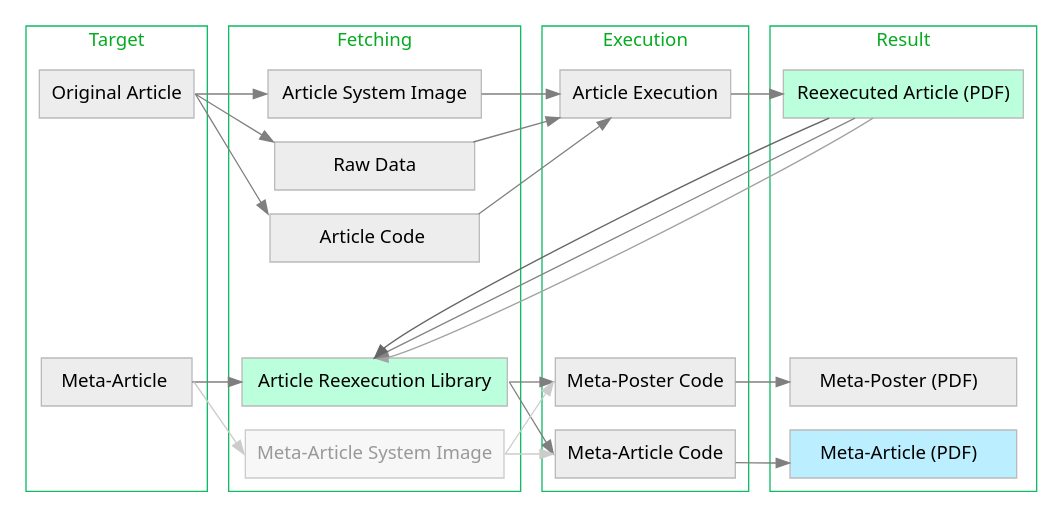
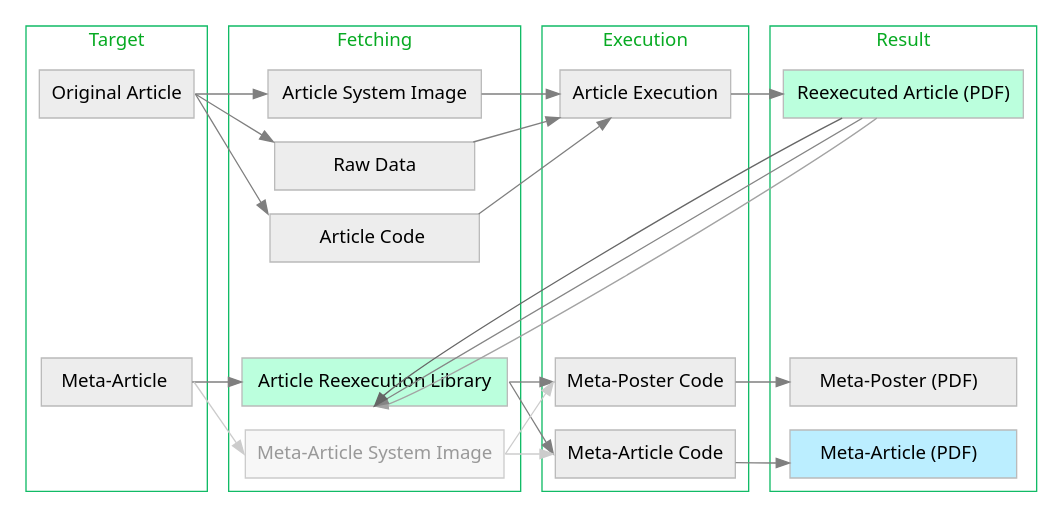
Before and after one commit to con/opfvta-reexecution: the diagram in publishing/data/workflow.dot, drawn with Graphviz. The commit also changed 2 other files, not shown here.

```diff
--- a/publishing/data/workflow.dot
+++ b/publishing/data/workflow.dot
@@ -1,97 +1,97 @@
 digraph graphname {
     size="14,8";
     graph [fontname = "sans", margin=0, splines=line];
     rankdir="LR";
     node [fontname = "sans", style=filled];
     edge [fontname = "sans", color=gray50];
     subgraph cluster0 {
         margin=10;
         label = "Target";
         fontcolor = "#07aa22";
         color = "#11bb66";
 
         oa[label="Original Article", shape=box, color="#BBBBBB", fillcolor=grey93];
         blank00 [style=invis];
         blank01 [style=invis];
         blank02 [style=invis];
         ma[label="  Meta-Article  ", shape=box, color="#BBBBBB", fillcolor=grey93];
         blank04 [style=invis];
         }
         //{rank=same; opf_; Con}
 
     oa:e -> si:w;
     blank00 -> rd [style=invis];
     blank01 -> ac [style=invis];
     blank02 -> blank12 [style=invis];
     oa:e -> rd:nw [constraint=false];
     oa:e -> ac:nw [constraint=false];
     ma -> arl;
     ma:e -> mss:w [constraint=false, color="#CCCCCC"];
     blank04 -> mss [style=invis];
 
     subgraph cluster1 {
         margin=10;
         label = "Fetching";
         fontcolor = "#07aa22";
         color = "#11bb66";
 
         si[label=" Article System Image", shape=box, color="#BBBBBB", fillcolor=grey93];
         rd[label="          Raw Data         ", shape=box, color="#BBBBBB", fillcolor=grey93];
         ac[label="        Article Code        ", shape=box, color="#BBBBBB", fillcolor=grey93];
         blank12 [style=invis];
         arl[label="Article Reexecution Library ", shape=box, color="#BBBBBB", fillcolor="#bbffdd"];
         mss[label="Meta-Article System Image", shape=box, color="#CCCCCC", fillcolor=grey97, fontcolor="#999999"]
         }
 
     si -> ae [weight=9];
     rd -> blank21 [style=invis];
     arl:e -> mpc:w;
     ac -> blank22[style=invis];
     blank12 -> blank23 [style=invis];
     rd:ne -> ae [constraint=false];
     ac:ne-> ae [constraint=false];
     arl:e -> mac:w [constraint=false];
     mss -> mac [style=invis];
     mss:e -> mac:w [constraint=false, color="#CCCCCC"]
     mss:e -> mpc:w [constraint=false, color="#CCCCCC"]
 
     subgraph cluster2 {
         margin=10;
         label = "Execution";
         fontcolor = "#07aa22";
         color = "#11bb66";
 
         ae[label="Article Execution", shape=box, color="#BBBBBB", fillcolor=grey93];
         blank21 [style=invis];
         blank22 [style=invis];
         blank23 [style=invis];
         mpc[label="Meta-Poster Code", shape=box, color="#BBBBBB", fillcolor=grey93];
         mac[label="Meta-Article Code", shape=box, color="#BBBBBB", fillcolor=grey93];
         }
 
     ae -> ra;
     blank21 -> blank30 [style=invis];
     blank22 -> blank31 [style=invis];
     blank31 -> blank23 [style=invis];
     blank23 -> blank33 [style=invis]
     mpc -> mpp;
     mac -> map [constraint=false];
 
     subgraph cluster3 {
         margin=10;
         label = "Result";
         fontcolor = "#07aa22";
         color = "#11bb66";
 
         ra[label="Reexecuted Article (PDF)", shape=box, color="#BBBBBB", fillcolor="#bbffdd"];
         blank30 [style=invis];
         blank31 [style=invis];
         map[label="    Meta-Article (PDF)     ", shape=box, color="#BBBBBB", fillcolor="#bbeeff"];
         mpp[label="    Meta-Poster (PDF)     ", shape=box, color="#BBBBBB", fillcolor=grey93];
         blank33 [style=invis];
         }
-    ra -> arl:n [constraint=false, color=grey64];
-    ra -> arl:n [constraint=false, color=grey52];
-    ra -> arl:n [constraint=false, color=grey40];
+    ra -> arl:s [constraint=false, color=grey64];
+    ra -> arl:s [constraint=false, color=grey52];
+    ra -> arl:s [constraint=false, color=grey40];
     mac -> map [style=invis];
 }
```
